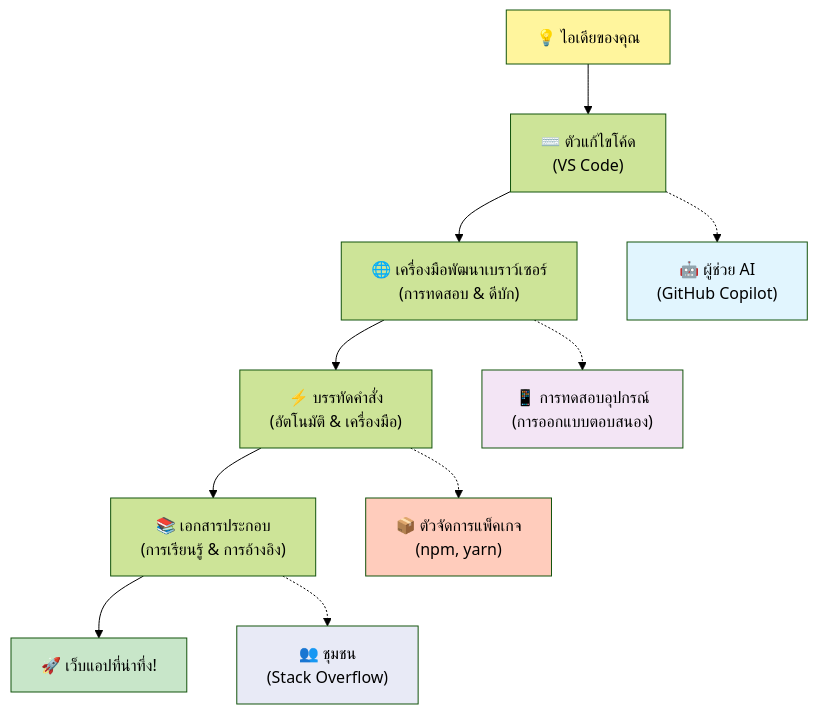
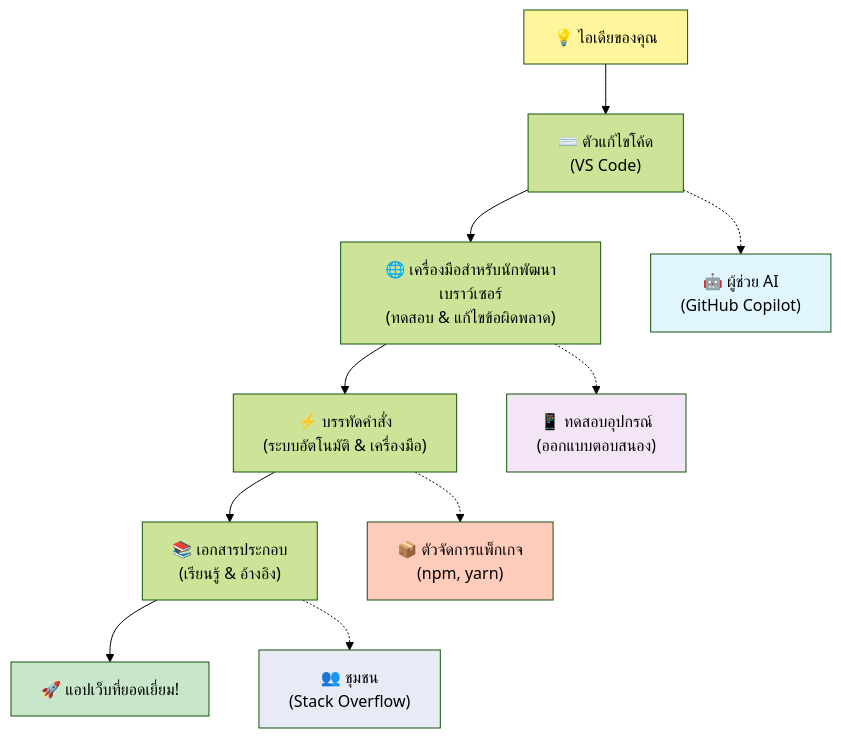
Before and after one commit to microsoft/Web-Dev-For-Beginners: the fifth of 7 diagrams in translations/th/1-getting-started-lessons/1-intro-to-programming-languages/README.md, drawn with Mermaid (forest theme). The commit also changed other lines of this file and 8 other files, not shown here.

````diff
--- a/translations/th/1-getting-started-lessons/1-intro-to-programming-languages/README.md
+++ b/translations/th/1-getting-started-lessons/1-intro-to-programming-languages/README.md
@@ -487,20 +487,20 @@
 ```mermaid
 graph TD
     A["💡 ไอเดียของคุณ"] --> B["⌨️ ตัวแก้ไขโค้ด<br/>(VS Code)"] 
-    B --> C["🌐 เครื่องมือพัฒนาเบราว์เซอร์<br/>(การทดสอบ & ดีบัก)"]
-    C --> D["⚡ บรรทัดคำสั่ง<br/>(อัตโนมัติ & เครื่องมือ)"]
-    D --> E["📚 เอกสารประกอบ<br/>(การเรียนรู้ & การอ้างอิง)"]
-    E --> F["🚀 เว็บแอปที่น่าทึ่ง!"]
+    B --> C["🌐 เครื่องมือสำหรับนักพัฒนาเบราว์เซอร์<br/>(ทดสอบ & แก้ไขข้อผิดพลาด)"]
+    C --> D["⚡ บรรทัดคำสั่ง<br/>(ระบบอัตโนมัติ & เครื่องมือ)"]
+    D --> E["📚 เอกสารประกอบ<br/>(เรียนรู้ & อ้างอิง)"]
+    E --> F["🚀 แอปเว็บที่ยอดเยี่ยม!"]
     
     B -.-> G["🤖 ผู้ช่วย AI<br/>(GitHub Copilot)"]
-    C -.-> H["📱 การทดสอบอุปกรณ์<br/>(การออกแบบตอบสนอง)"]
-    D -.-> I["📦 ตัวจัดการแพ็คเกจ<br/>(npm, yarn)"]
+    C -.-> H["📱 ทดสอบอุปกรณ์<br/>(ออกแบบตอบสนอง)"]
+    D -.-> I["📦 ตัวจัดการแพ็กเกจ<br/>(npm, yarn)"]
     E -.-> J["👥 ชุมชน<br/>(Stack Overflow)"]
     
     style A fill:#fff59d
     style F fill:#c8e6c9
     style G fill:#e1f5fe
     style H fill:#f3e5f5
     style I fill:#ffccbc
     style J fill:#e8eaf6
 ```
````
